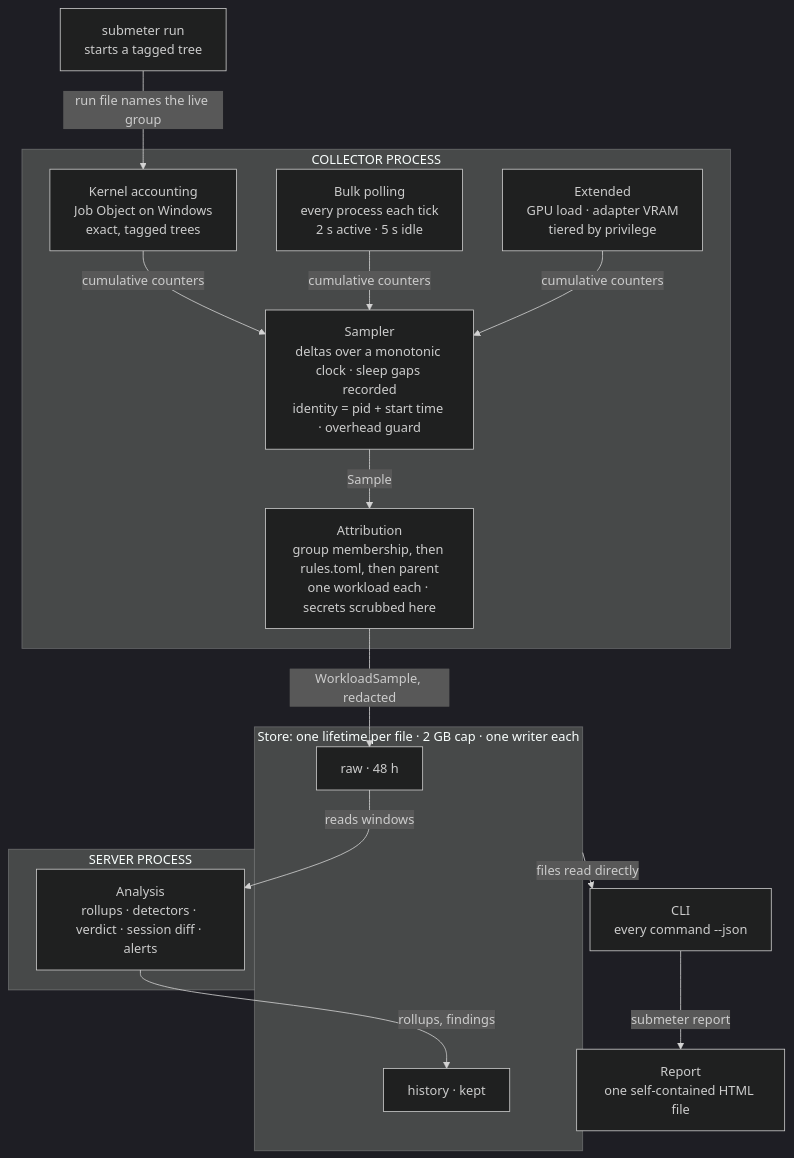
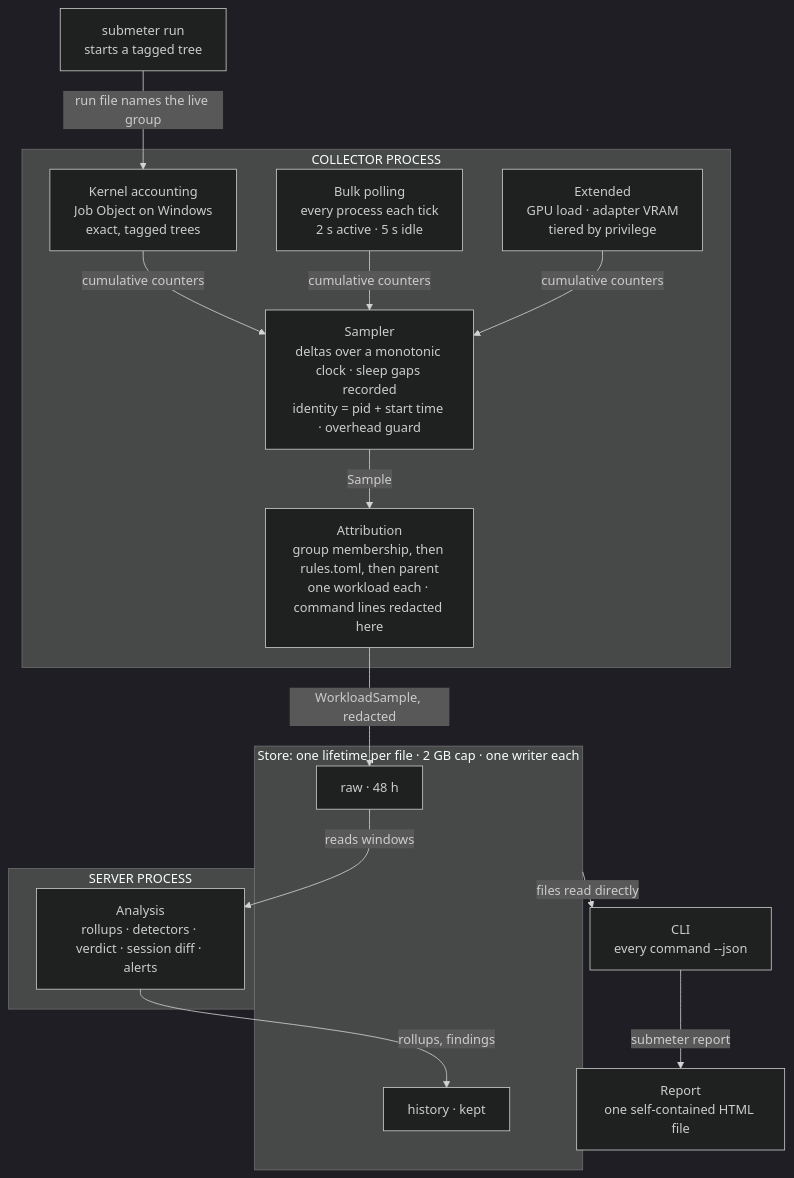
One commit to therealestmatthew/submeter-pc-monitor changed the diagram in docs/05-data-flow.md. Above: the diagram before and after it, drawn with Mermaid (dark theme). The commit also changed other lines of this file and 7 other files, not shown here.

````diff
--- a/docs/05-data-flow.md
+++ b/docs/05-data-flow.md
@@ -7,30 +7,30 @@
 ```mermaid
 flowchart TD
     run["submeter run<br/>starts a tagged tree"]
     subgraph collector["COLLECTOR PROCESS"]
         ka["Kernel accounting<br/>Job Object on Windows<br/>exact, tagged trees"]
         bp["Bulk polling<br/>every process each tick<br/>2 s active · 5 s idle"]
         ex["Extended<br/>GPU load · adapter VRAM<br/>tiered by privilege"]
         sampler["Sampler<br/>deltas over a monotonic clock · sleep gaps recorded<br/>identity = pid + start time · overhead guard"]
-        attribution["Attribution<br/>group membership, then rules.toml, then parent<br/>one workload each · secrets scrubbed here"]
+        attribution["Attribution<br/>group membership, then rules.toml, then parent<br/>one workload each · command lines redacted here"]
     end
     subgraph store["Store: one lifetime per file · 2 GB cap · one writer each"]
         raw["raw · 48 h"]
         history["history · kept"]
     end
     subgraph server["SERVER PROCESS"]
         analysis["Analysis<br/>rollups · detectors · verdict · session diff · alerts"]
     end
     cli["CLI<br/>every command --json"]
     report["Report<br/>one self-contained HTML file"]
     run -->|run file names the live group| ka
     ka -->|cumulative counters| sampler
     bp -->|cumulative counters| sampler
     ex -->|cumulative counters| sampler
     sampler -->|Sample| attribution
     attribution -->|WorkloadSample, redacted| raw
     raw -->|reads windows| analysis
     analysis -->|rollups, findings| history
     store -->|files read directly| cli
     cli -->|submeter report| report
 ```
````
